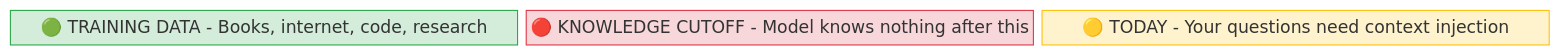
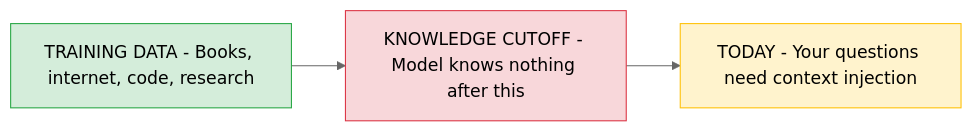
Before and after one commit to ithinktavo/GenAI-Engineering-Handbook: the first of 4 diagrams in docs/01-prompt-engineering-to-context-engineering.md, drawn with Mermaid (neutral theme). The commit also changed other lines of this file and 10 other files, not shown here.

Commit message:
Diagram updates

````diff
--- a/docs/01-prompt-engineering-to-context-engineering.md
+++ b/docs/01-prompt-engineering-to-context-engineering.md
@@ -150,11 +150,12 @@
 ```mermaid
-block-beta
-    columns 3
-    A["🟢 TRAINING DATA - Books, internet, code, research"]:1
-    B["🔴 KNOWLEDGE CUTOFF - Model knows nothing after this"]:1
-    C["🟡 TODAY - Your questions need context injection"]:1
+graph LR
+    A["TRAINING DATA - Books, internet, code, research"]
+    B["KNOWLEDGE CUTOFF - Model knows nothing after this"]
+    C["TODAY - Your questions need context injection"]
+
+    A --> B --> C
 
     style A fill:#d4edda,stroke:#28a745
     style B fill:#f8d7da,stroke:#dc3545
     style C fill:#fff3cd,stroke:#ffc107
 ```
````
